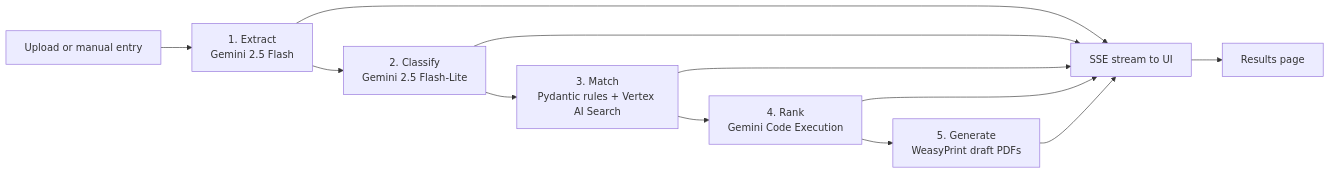
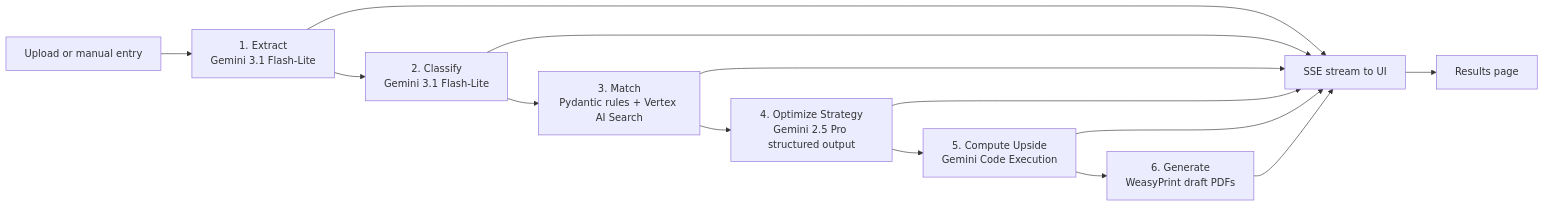
One commit to AlaskanTuna/Layak changed the second of 8 diagrams in README.md. Above: the diagram before and after it, drawn with Mermaid. The commit also changed other lines of this file, not shown here.

Commit message:
docs(readme): add phase 11 feature diagrams

````diff
--- a/README.md
+++ b/README.md
@@ -161,13 +161,15 @@
 ```mermaid
 flowchart LR
-    Intake[Upload or manual entry] --> Extract[1. Extract<br/>Gemini 2.5 Flash]
-    Extract --> Classify[2. Classify<br/>Gemini 2.5 Flash-Lite]
+    Intake[Upload or manual entry] --> Extract[1. Extract<br/>Gemini 3.1 Flash-Lite]
+    Extract --> Classify[2. Classify<br/>Gemini 3.1 Flash-Lite]
     Classify --> Match[3. Match<br/>Pydantic rules + Vertex AI Search]
-    Match --> Rank[4. Rank<br/>Gemini Code Execution]
-    Rank --> Generate[5. Generate<br/>WeasyPrint draft PDFs]
+    Match --> Optimize[4. Optimize Strategy<br/>Gemini 2.5 Pro structured output]
+    Optimize --> Compute[5. Compute Upside<br/>Gemini Code Execution]
+    Compute --> Generate[6. Generate<br/>WeasyPrint draft PDFs]
     Extract --> SSE[SSE stream to UI]
     Classify --> SSE
     Match --> SSE
-    Rank --> SSE
+    Optimize --> SSE
+    Compute --> SSE
     Generate --> SSE --> Results[Results page]
 ```
````
